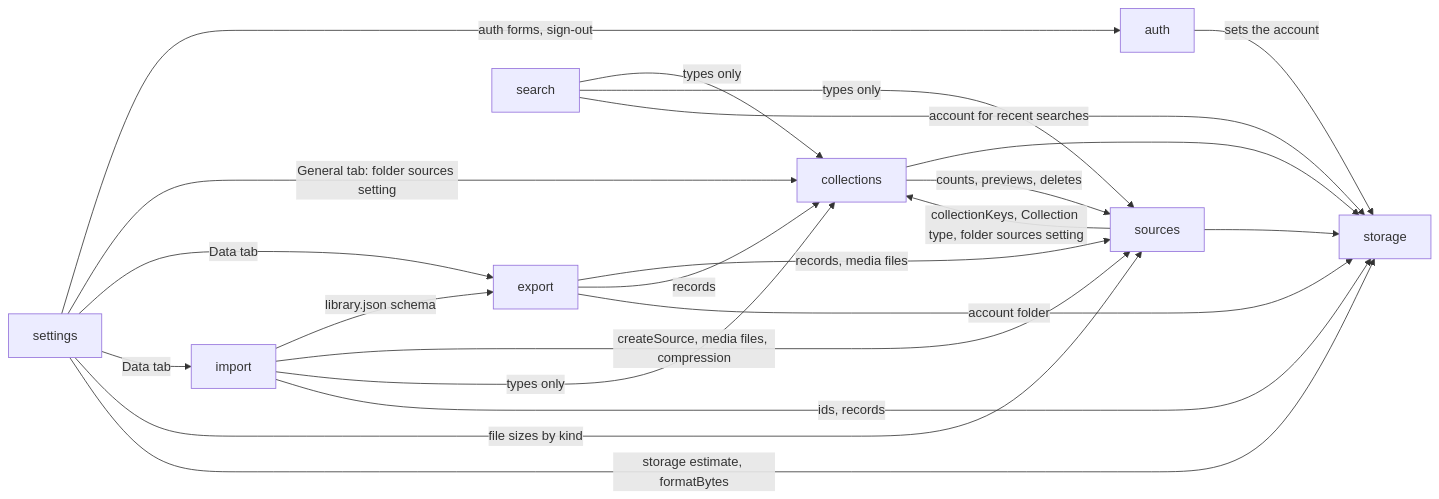
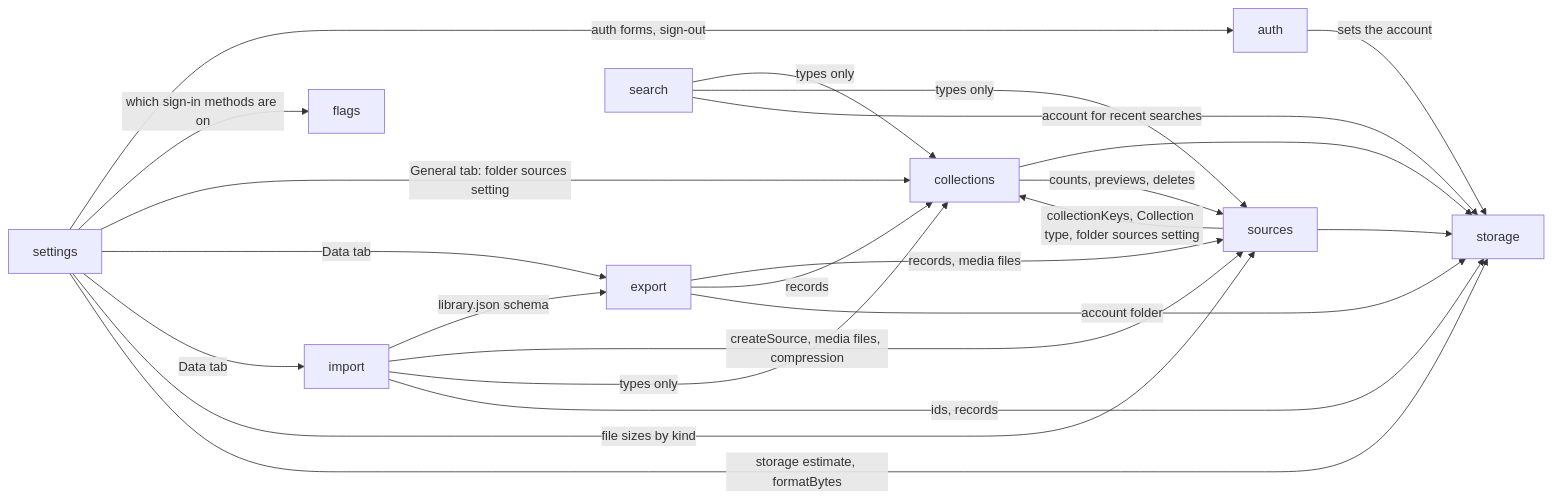
The diagram in apps/web/ARCHITECTURE.md (kun1225/mado), drawn with Mermaid before and after one commit. The commit also changed other lines of this file and 23 other files, not shown here.

First line of the commit message:
feat: add feature flags and a flag for google sign-in

````diff
--- a/apps/web/ARCHITECTURE.md
+++ b/apps/web/ARCHITECTURE.md
@@ -25,24 +25,25 @@
 ```mermaid
 graph LR
   auth -->|sets the account| storage
   settings -->|auth forms, sign-out| auth
+  settings -->|which sign-in methods are on| flags
   settings -->|General tab: folder sources setting| collections
   settings -->|Data tab| export
   settings -->|Data tab| import
   settings -->|file sizes by kind| sources
   settings -->|storage estimate, formatBytes| storage
   export -->|records, media files| sources
   export -->|records| collections
   export -->|account folder| storage
   import -->|library.json schema| export
   import -->|createSource, media files, compression| sources
   import -->|types only| collections
   import -->|ids, records| storage
   sources --> storage
   collections --> storage
   sources -->|collectionKeys, Collection type, folder sources setting| collections
   collections -->|counts, previews, deletes| sources
   search -->|types only| collections
   search -->|types only| sources
   search -->|account for recent searches| storage
 ```
````
